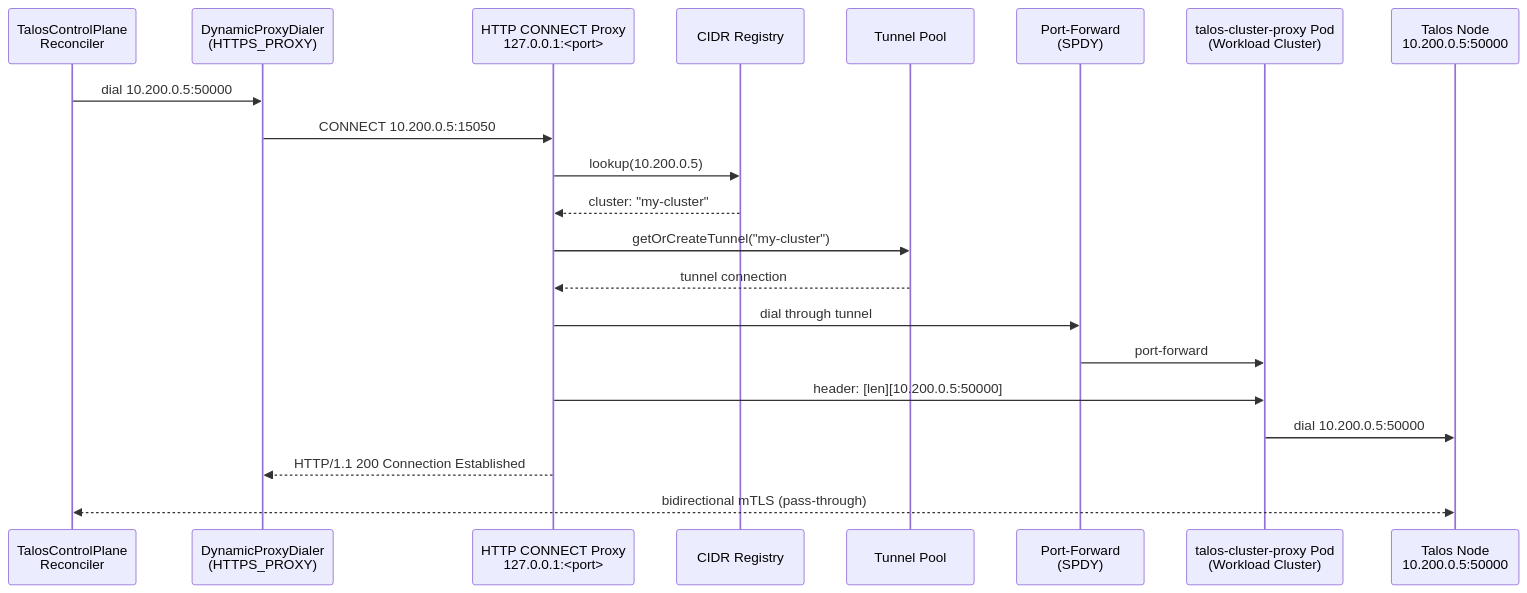
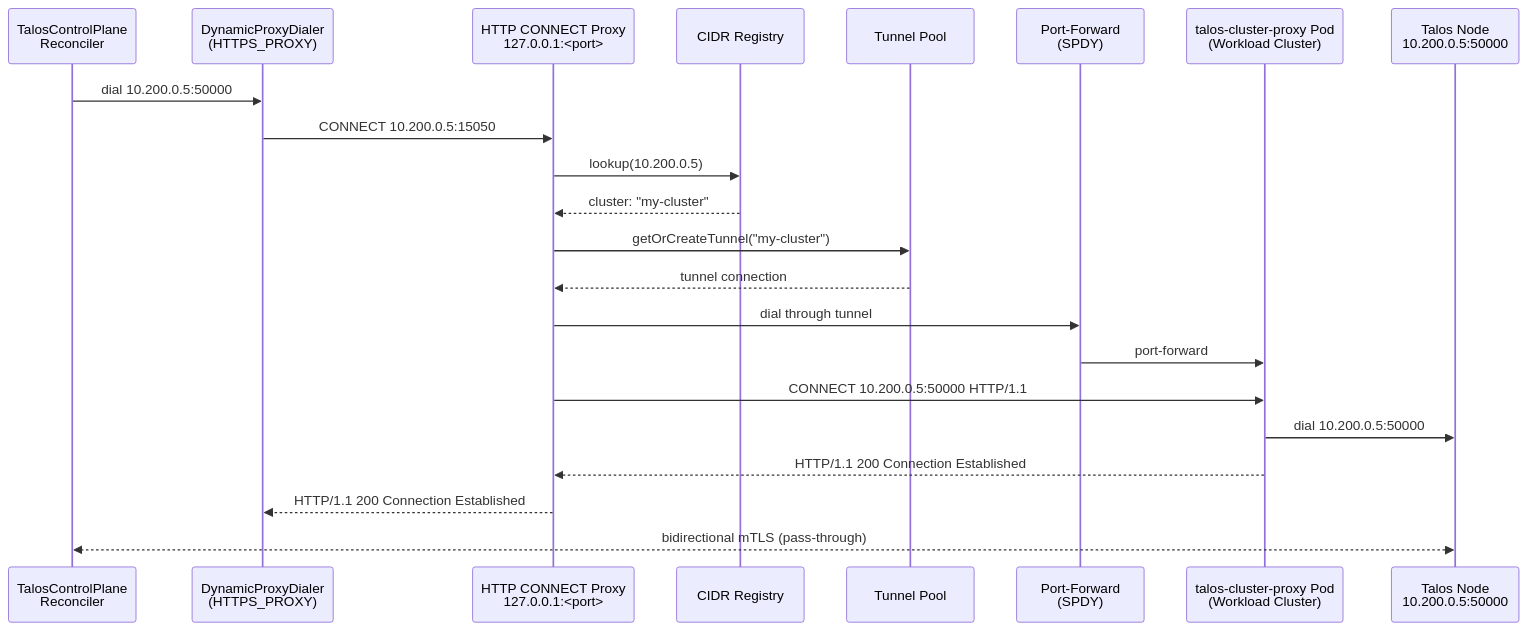
The diagram in pkg/talosproxy/README.md (kommodity-io/kommodity), drawn with Mermaid before and after one commit. The commit also changed other lines of this file and 7 other files, not shown here.

Commit message:
feat(talosproxy): implement HTTP CONNECT handshake and update protocol documentation

````diff
--- a/pkg/talosproxy/README.md
+++ b/pkg/talosproxy/README.md
@@ -9,24 +9,25 @@
 ```mermaid
 sequenceDiagram
     participant R as TalosControlPlane<br/>Reconciler
     participant D as DynamicProxyDialer<br/>(HTTPS_PROXY)
     participant P as HTTP CONNECT Proxy<br/>127.0.0.1:<port>
     participant CR as CIDR Registry
     participant T as Tunnel Pool
     participant PF as Port-Forward<br/>(SPDY)
     participant TP as talos-cluster-proxy Pod<br/>(Workload Cluster)
     participant TN as Talos Node<br/>10.200.0.5:50000
 
     R->>D: dial 10.200.0.5:50000
     D->>P: CONNECT 10.200.0.5:15050
     P->>CR: lookup(10.200.0.5)
     CR-->>P: cluster: "my-cluster"
     P->>T: getOrCreateTunnel("my-cluster")
     T-->>P: tunnel connection
     P->>PF: dial through tunnel
     PF->>TP: port-forward
-    P->>TP: header: [len][10.200.0.5:50000]
+    P->>TP: CONNECT 10.200.0.5:50000 HTTP/1.1
     TP->>TN: dial 10.200.0.5:50000
+    TP-->>P: HTTP/1.1 200 Connection Established
     P-->>D: HTTP/1.1 200 Connection Established
     R<<-->>TN: bidirectional mTLS (pass-through)
 ```
````
